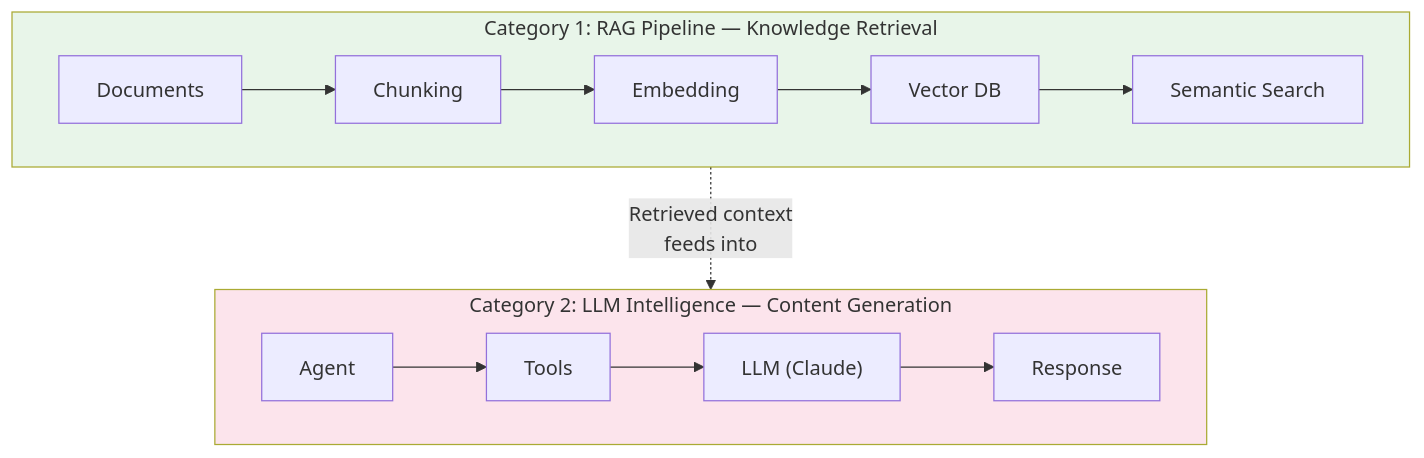
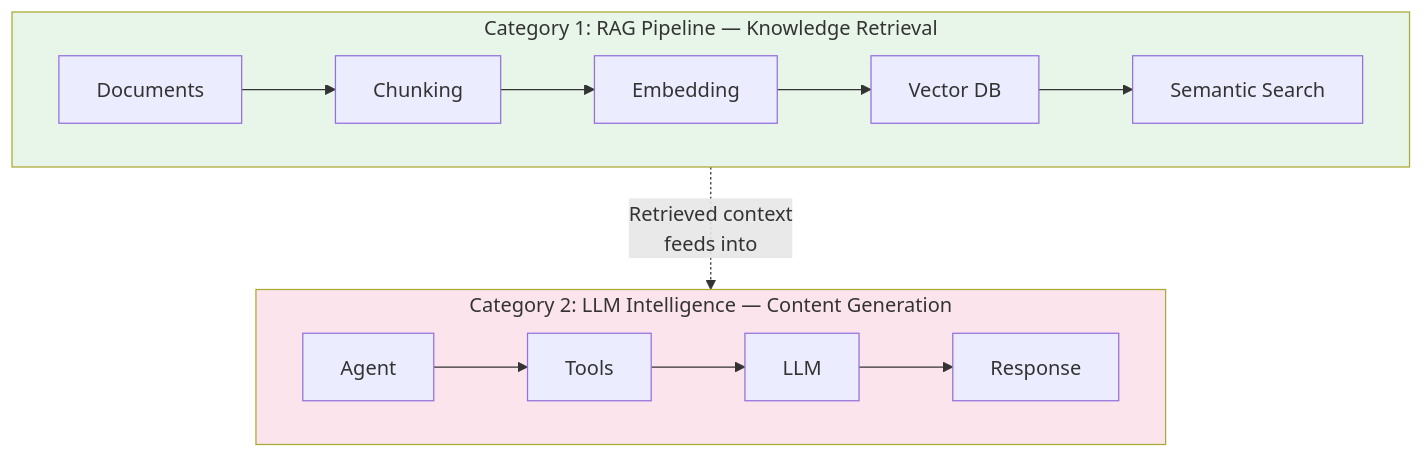
Before and after one commit to aakashkumar1980/certifications-aiml: the first of 4 diagrams in TUTORIAL_AI.md, drawn with Mermaid. The commit also changed other lines of this file and 1 other file, not shown here.

````diff
--- a/TUTORIAL_AI.md
+++ b/TUTORIAL_AI.md
@@ -23,22 +25,22 @@
 ```mermaid
 flowchart TB
     subgraph cat1["Category 1: RAG Pipeline — Knowledge Retrieval"]
         direction LR
         D["Documents"] --> C["Chunking"]
         C --> E["Embedding"]
         E --> V["Vector DB"]
         V --> S["Semantic Search"]
     end
 
     subgraph cat2["Category 2: LLM Intelligence — Content Generation"]
         direction LR
         A["Agent"] --> T["Tools"]
-        T --> L["LLM (Claude)"]
+        T --> L["LLM"]
         L --> R["Response"]
     end
 
     cat1 -.->|"Retrieved context<br/>feeds into"| cat2
 
     style cat1 fill:#e8f5e9
     style cat2 fill:#fce4ec
 ```
````
